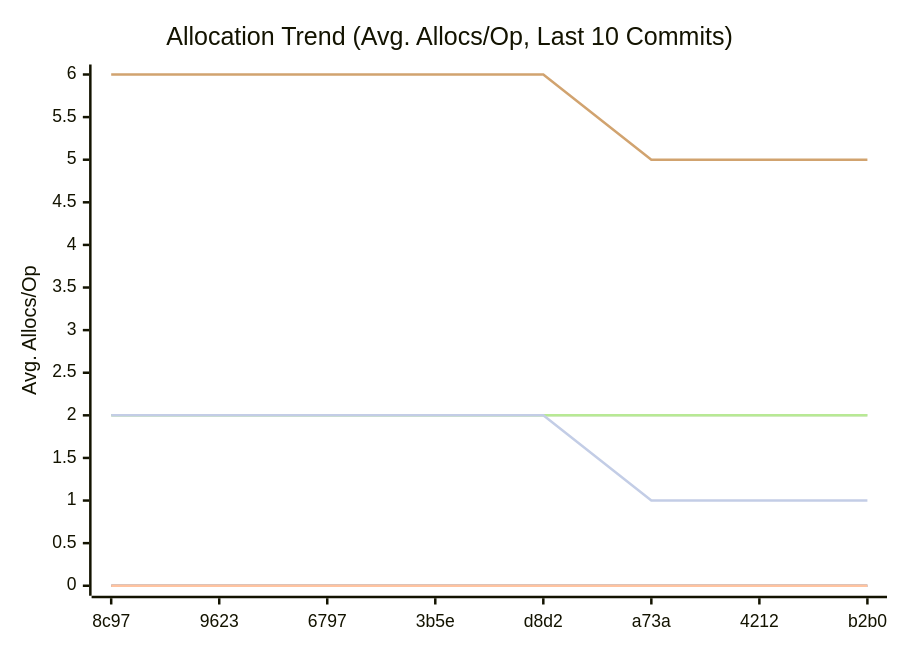
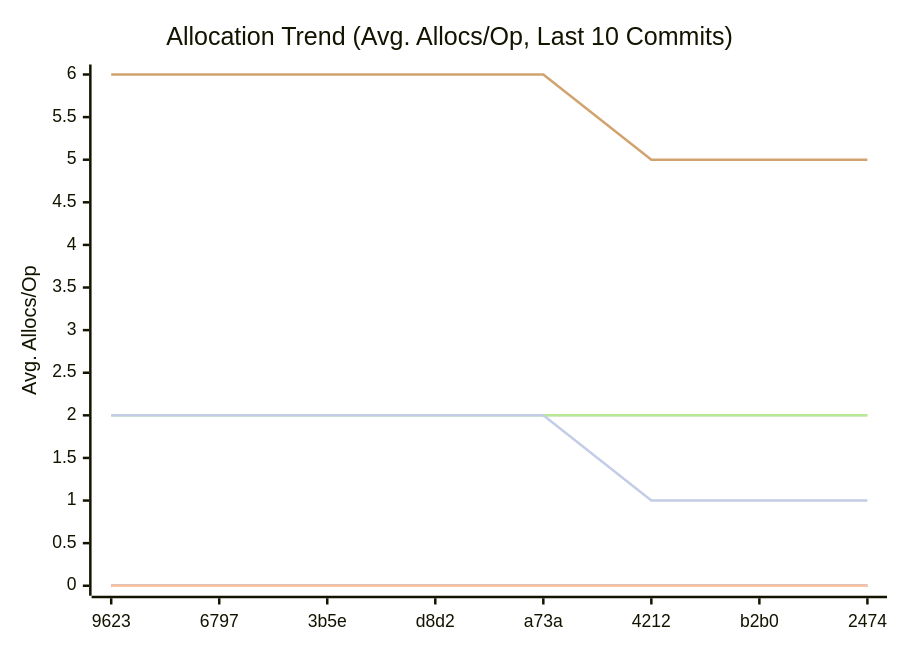
Before and after one commit to alsotoes/momo: the third of 3 diagrams in docs/README.md, drawn with Mermaid. The commit also changed other lines of this file and 1 other file, not shown here.

````diff
--- a/docs/README.md
+++ b/docs/README.md
@@ -176,14 +170,14 @@
 ```mermaid
 xychart-beta
     title "Allocation Trend (Avg. Allocs/Op, Last 10 Commits)"
     x-axis "Commit"
     y-axis "Avg. Allocs/Op"
-    x-axis [8c97,9623,6797,3b5e,d8d2,a73a,4212,b2b0]
+    x-axis [9623,6797,3b5e,d8d2,a73a,4212,b2b0,2474]
     line "CheckMetricsAndSwap" [0,0,0,0,0,0,0,0,0,0]
     line "IndexDirectTracking" [0,0,0,0,0,0,0,0,0,0]
     line "IndexSearch" [0,0,0,0,0,0,0,0,0,0]
     line "LoadGlobalConfig" [2,2,2,2,2,2,2,2,2,2]
     line "PadString" [2,2,2,2,2,2,2,2,2,2]
     line "ParseReplicationOrder_NoPrealloc" [6,6,6,6,6,5,5,5,5,5]
     line "ParseReplicationOrder_Prealloc" [2,2,2,2,2,1,1,1,1,1]
 ```
````
